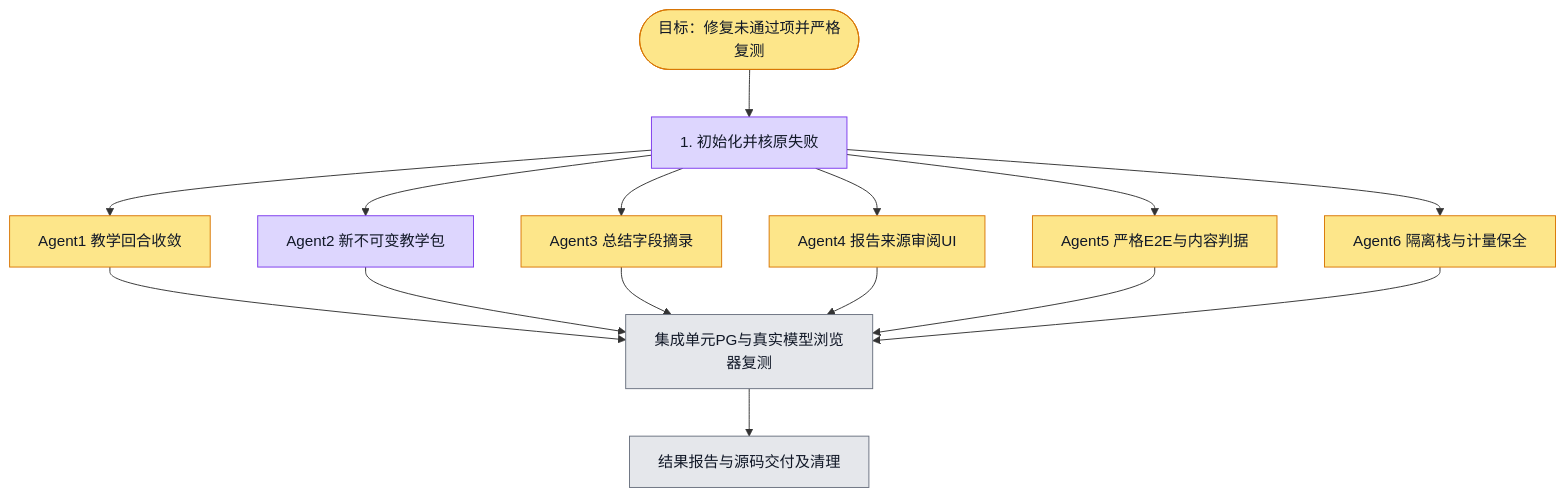
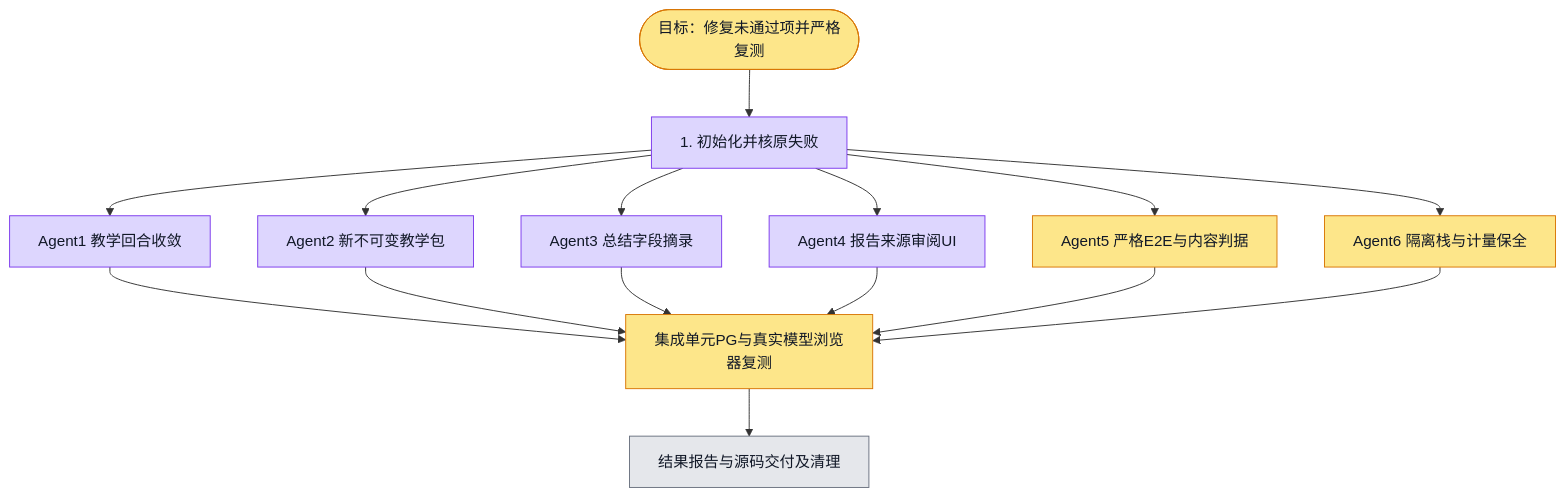
The diagram in docs/evidence/aidt-native/remediation-20261117/execution.plan.md (boardx/workspacex), drawn with Mermaid before and after one commit. The commit also changed 17 other files, not shown here.

````diff
--- a/docs/evidence/aidt-native/remediation-20261117/execution.plan.md
+++ b/docs/evidence/aidt-native/remediation-20261117/execution.plan.md
@@ -7,33 +7,36 @@
 ```mermaid
 flowchart TD
  G([目标：修复未通过项并严格复测])
  I[1. 初始化并核原失败]
  A1[Agent1 教学回合收敛]
  A2[Agent2 新不可变教学包]
  A3[Agent3 总结字段摘录]
  A4[Agent4 报告来源审阅UI]
  A5[Agent5 严格E2E与内容判据]
  A6[Agent6 隔离栈与计量保全]
  T[集成单元PG与真实模型浏览器复测]
  D[结果报告与源码交付及清理]
  G --> I
  I --> A1 & A2 & A3 & A4 & A5 & A6
  A1 & A2 & A3 & A4 & A5 & A6 --> T --> D
   classDef todo fill:#e5e7eb,stroke:#6b7280,color:#111827
   classDef doing fill:#fde68a,stroke:#d97706,color:#111827
   classDef done fill:#bbf7d0,stroke:#16a34a,color:#111827
   classDef tested fill:#ddd6fe,stroke:#7c3aed,color:#111827
   classDef blocked fill:#fecaca,stroke:#dc2626,color:#111827
  class G doing
  class I tested
   %% evidence I: init.sh quick exit0 /tmp/aidt-remediation-init-20261117.log；d572f1c9a干净基线、原报告及源审计已读、6worker并行启动；tick缺COORD_GATEWAY_URL明确失败不冒心跳。
- class A1 doing
+ class A1 tested
+  %% evidence A1: real LangChain graph fake-provider adversarial suite206 passed2skipped; TC5 pending dedicatedPG; no real model quality claim
  class A2 tested
   %% evidence A2: new immutable packs checks /tmp/aidt-boundaries-isolation.log 48/48; approved pins5/5; candidate regression10/10; old release hashes unchanged
- class A3 doing
- class A4 doing
+ class A3 tested
+  %% evidence A3: /tmp/aidt-remediation-context-all.log 10files68; API tsc exit0; semantic projection preserves full saved hash and immutable old snapshots
+ class A4 tested
+  %% evidence A4: /tmp/aidt-remediation-web-all-expanded.log 85files705; /tmp/aidt-remediation-web-tsc-fixed.log exit0; summary source/UI17 focused tests
  class A5 doing
  class A6 doing
- class T todo
+ class T doing
  class D todo
 ```
````
